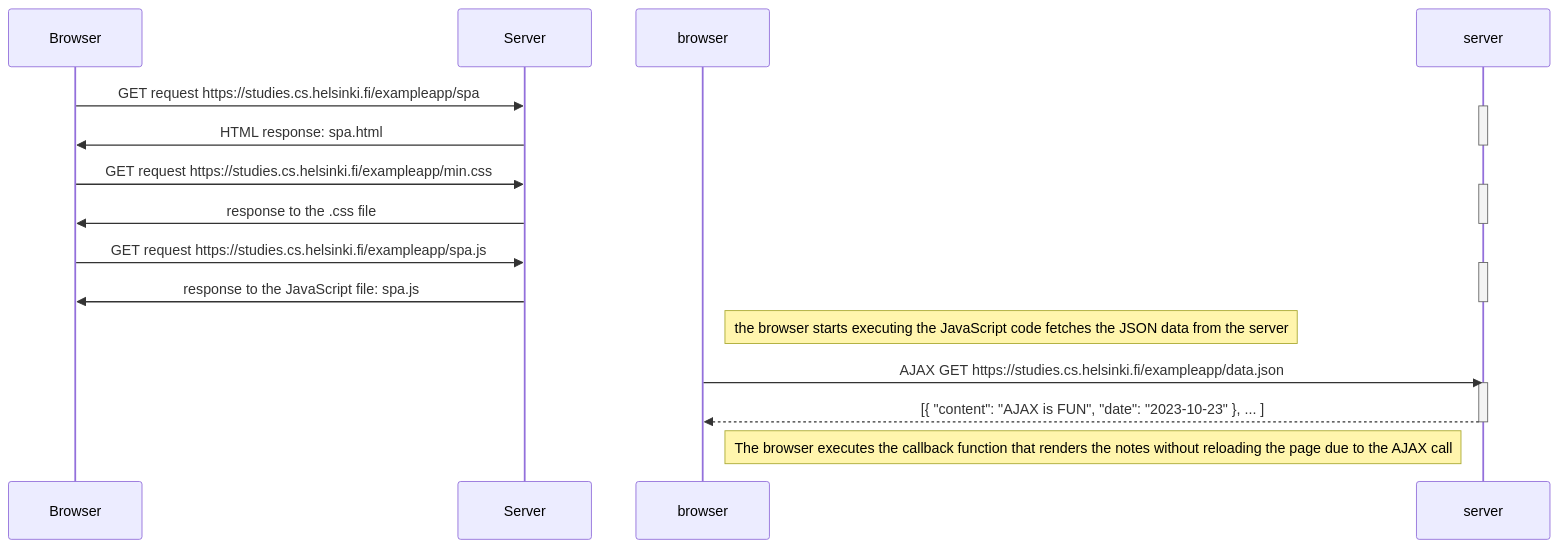
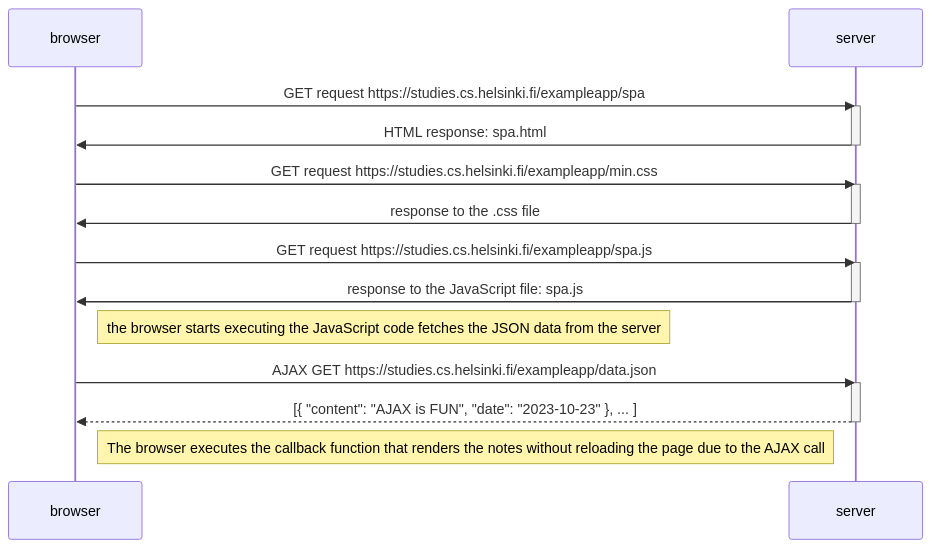
The diagram in part0/0.5-exercise.md (Faisal-Mahmud-Anik-1/fullstack-open-2023), drawn with Mermaid before and after one commit. The commit also changed other lines of this file and 3 other files, not shown here.

````diff
--- a/part0/0.5-exercise.md
+++ b/part0/0.5-exercise.md
@@ -1,30 +3,30 @@
 ```mermaid
 sequenceDiagram
-    participant Browser
-    participant Server
+    participant browser
+    participant server
 
-    Browser->>Server: GET request https://studies.cs.helsinki.fi/exampleapp/spa
+    browser->>server: GET request https://studies.cs.helsinki.fi/exampleapp/spa
     activate server
-    Server->>Browser: HTML response: spa.html
+    server->>browser: HTML response: spa.html
     deactivate server
 
-    Browser->>Server: GET request https://studies.cs.helsinki.fi/exampleapp/min.css
+    browser->>server: GET request https://studies.cs.helsinki.fi/exampleapp/min.css
     activate server
-    Server->>Browser: response to the .css file
+    server->>browser: response to the .css file
     deactivate server
 
-    Browser->>Server: GET request https://studies.cs.helsinki.fi/exampleapp/spa.js
+    browser->>server: GET request https://studies.cs.helsinki.fi/exampleapp/spa.js
     activate server
-    Server->>Browser: response to the JavaScript file: spa.js
+    server->>browser: response to the JavaScript file: spa.js
     deactivate server
 
     Note right of browser: the browser starts executing the JavaScript code fetches the JSON data from the server
 
     browser->>server: AJAX GET https://studies.cs.helsinki.fi/exampleapp/data.json
     activate server
     server-->>browser: [{ "content": "AJAX is FUN", "date": "2023-10-23" }, ... ]
     deactivate server
 
     Note right of browser: The browser executes the callback function that renders the notes without reloading the page due to the AJAX call
 
 ```
````
